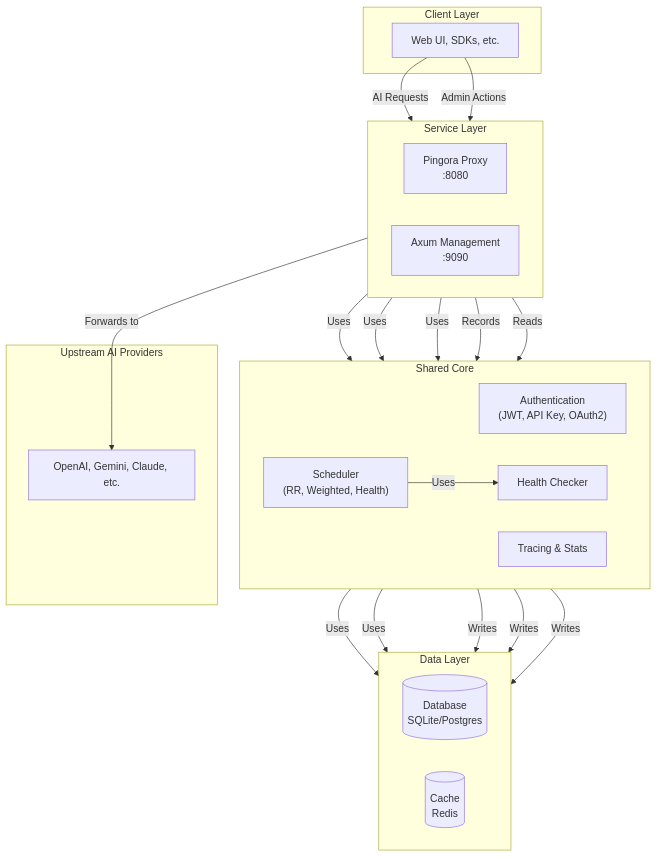
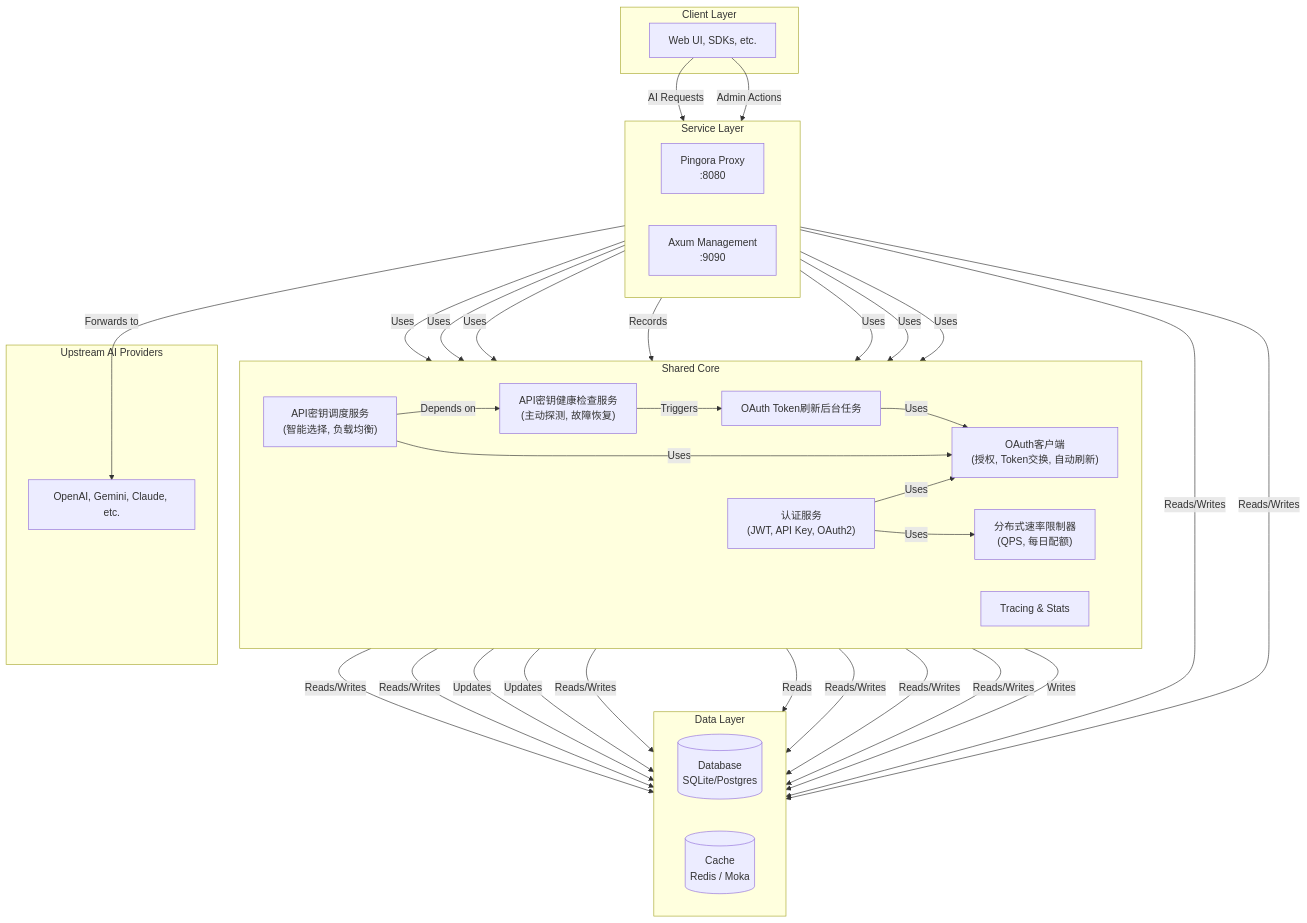
One commit to MAQSOODAWANhaha/api-proxy changed the first of 2 diagrams in README.md. Above: the diagram before and after it, drawn with Mermaid. The commit also changed other lines of this file and 17 other files, not shown here.

First line of the commit message:
feat: Implement API Key Rate Limit Reset Task

````diff
--- a/README.md
+++ b/README.md
@@ -9,50 +9,72 @@
 ```mermaid
 graph TD
     subgraph "Client Layer"
         Clients[Web UI, SDKs, etc.]
     end
 
     subgraph "Service Layer"
         direction LR
         Proxy["Pingora Proxy<br/>:8080"]
         Admin["Axum Management<br/>:9090"]
     end
 
     subgraph "Shared Core"
         direction LR
-        Auth["Authentication<br/>(JWT, API Key, OAuth2)"]
-        Scheduler["Scheduler<br/>(RR, Weighted, Health)"]
-        HealthChecker["Health Checker"]
+        AuthService["认证服务<br/>(JWT, API Key, OAuth2)"]
+        ApiKeySchedulerService["API密钥调度服务<br/>(智能选择, 负载均衡)"]
+        ApiKeyHealthService["API密钥健康检查服务<br/>(主动探测, 故障恢复)"]
+        RateLimiter["分布式速率限制器<br/>(QPS, 每日配额)"]
         Tracing["Tracing & Stats"]
+        OAuthClient["OAuth客户端<br/>(授权, Token交换, 自动刷新)"]
+        OAuthTokenRefreshTask["OAuth Token刷新后台任务"]
     end
 
     subgraph "Data Layer"
         direction LR
         DB[(Database<br/>SQLite/Postgres)]
-        Cache[(Cache<br/>Redis)]
+        Cache[(Cache<br/>Redis / Moka)]
     end
 
     subgraph "Upstream AI Providers"
         Providers[OpenAI, Gemini, Claude, etc.]
     end
 
     Clients -- "AI Requests" --> Proxy
     Clients -- "Admin Actions" --> Admin
 
-    Proxy -- "Uses" --> Auth
-    Proxy -- "Uses" --> Scheduler
-    Admin -- "Uses" --> Auth
+    Proxy -- "Uses" --> AuthService
+    Proxy -- "Uses" --> ApiKeySchedulerService
+    Proxy -- "Uses" --> RateLimiter
+    Proxy -- "Records" --> Tracing
 
-    Scheduler -- "Uses" --> HealthChecker
-    Scheduler -- "Uses" --> DB
-    Scheduler -- "Uses" --> Cache
+    Admin -- "Uses" --> AuthService
+    Admin -- "Uses" --> ApiKeySchedulerService
+    Admin -- "Uses" --> OAuthClient
+    Admin -- "Reads/Writes" --> DB
+    Admin -- "Reads/Writes" --> Cache
 
-    Proxy -- "Records" --> Tracing
-    Admin -- "Reads" --> Tracing
+    AuthService -- "Uses" --> OAuthClient
+    AuthService -- "Uses" --> RateLimiter
+
+    ApiKeySchedulerService -- "Depends on" --> ApiKeyHealthService
+    ApiKeySchedulerService -- "Uses" --> OAuthClient
+    ApiKeySchedulerService -- "Reads/Writes" --> DB
+    ApiKeySchedulerService -- "Reads/Writes" --> Cache
+
+    ApiKeyHealthService -- "Updates" --> DB
+    ApiKeyHealthService -- "Updates" --> Cache
+    ApiKeyHealthService -- "Triggers" --> OAuthTokenRefreshTask
+
+    RateLimiter -- "Reads/Writes" --> Cache
+    RateLimiter -- "Reads" --> DB
+
+    OAuthClient -- "Reads/Writes" --> DB
+    OAuthClient -- "Reads/Writes" --> Cache
+
+    OAuthTokenRefreshTask -- "Uses" --> OAuthClient
+    OAuthTokenRefreshTask -- "Reads/Writes" --> DB
 
     Tracing -- "Writes" --> DB
-    HealthChecker -- "Writes" --> DB
-    HealthChecker -- "Writes" --> Cache
 
     Proxy -- "Forwards to" --> Providers
 ```
````
